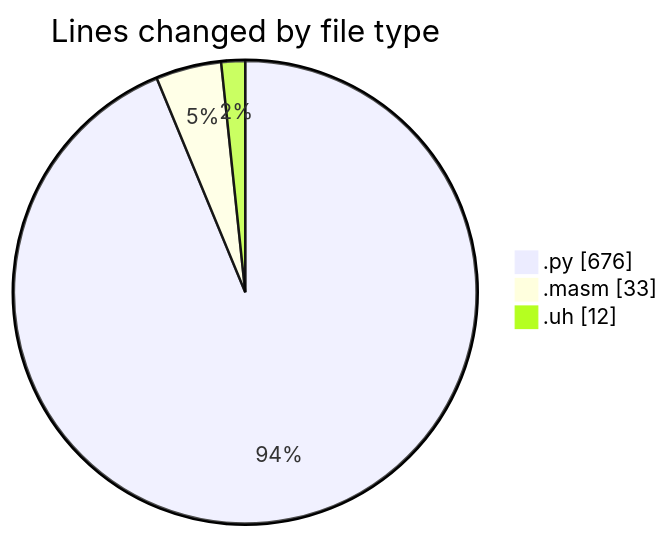
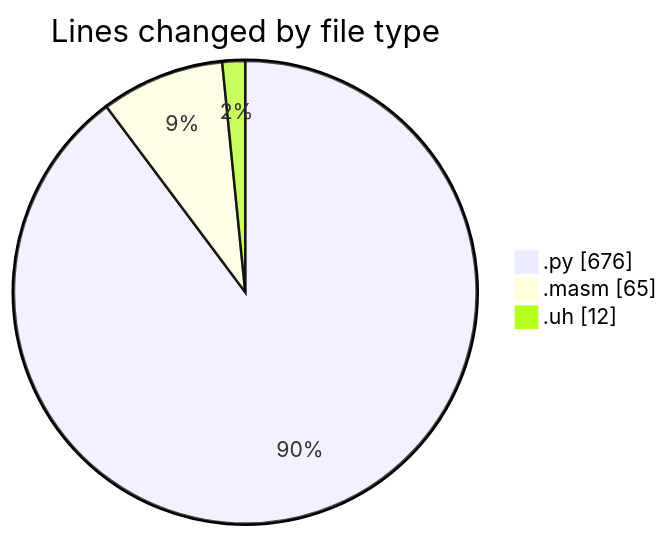
Before and after one commit to charlie-sans/code-tracking: the first of 2 diagrams in 2025-05-01/uhigh-lang/README.md, drawn with Mermaid. The commit also changed other lines of this file and 1 other file, not shown here.

````diff
--- a/2025-05-01/uhigh-lang/README.md
+++ b/2025-05-01/uhigh-lang/README.md
@@ -22,7 +22,7 @@
 ```mermaid
 pie showData
 title Lines changed by file type
 ".py" : 676
-".masm" : 33
+".masm" : 65
 ".uh" : 12
 ```
````
